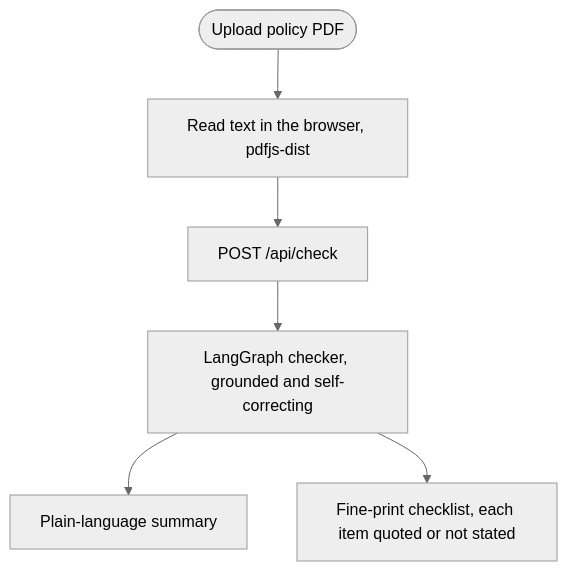
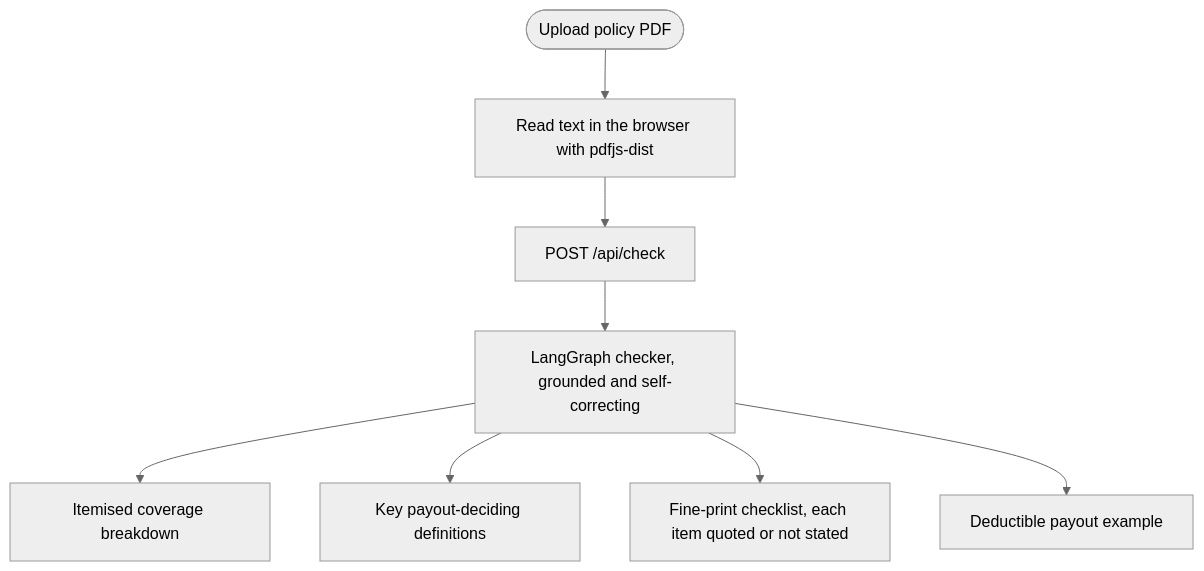
One commit to elleskay/insurance-dashboard changed the first of 6 diagrams in README.md. Above: the diagram before and after it, drawn with Mermaid (neutral theme). The commit also changed other lines of this file, not shown here.

Commit message:
docs: rewrite README, expand data model and correct spec coverage to 28/28

````diff
--- a/README.md
+++ b/README.md
@@ -38,8 +43,10 @@
 ```mermaid
 flowchart TD
-    Upload([Upload policy PDF]) --> Parse[Read text in the browser, pdfjs-dist]
+    Upload([Upload policy PDF]) --> Parse[Read text in the browser with pdfjs-dist]
     Parse --> Check[POST /api/check]
     Check --> Graph[LangGraph checker, grounded and self-correcting]
-    Graph --> Summary[Plain-language summary]
+    Graph --> Coverage[Itemised coverage breakdown]
+    Graph --> Definitions[Key payout-deciding definitions]
     Graph --> Checklist[Fine-print checklist, each item quoted or not stated]
+    Graph --> Payout[Deductible payout example]
 ```
````
